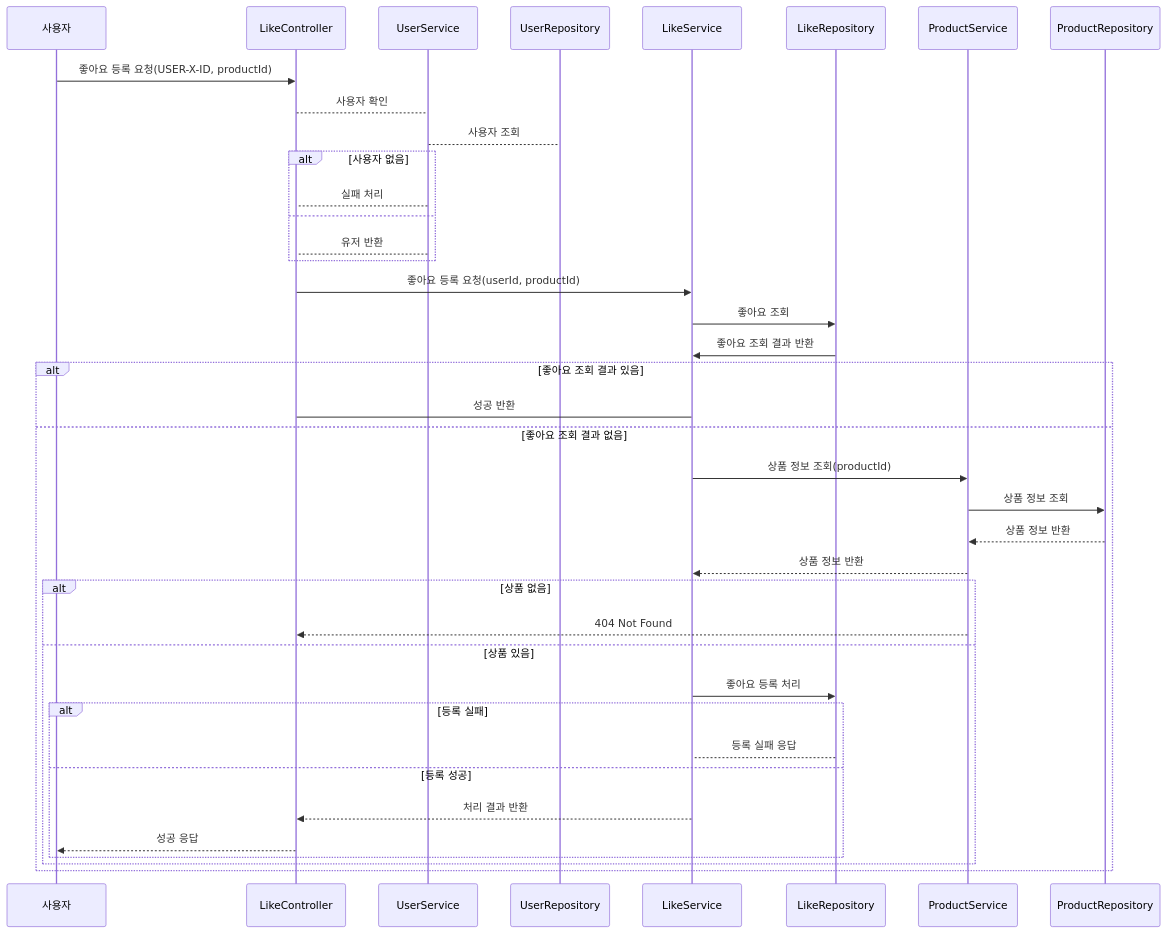
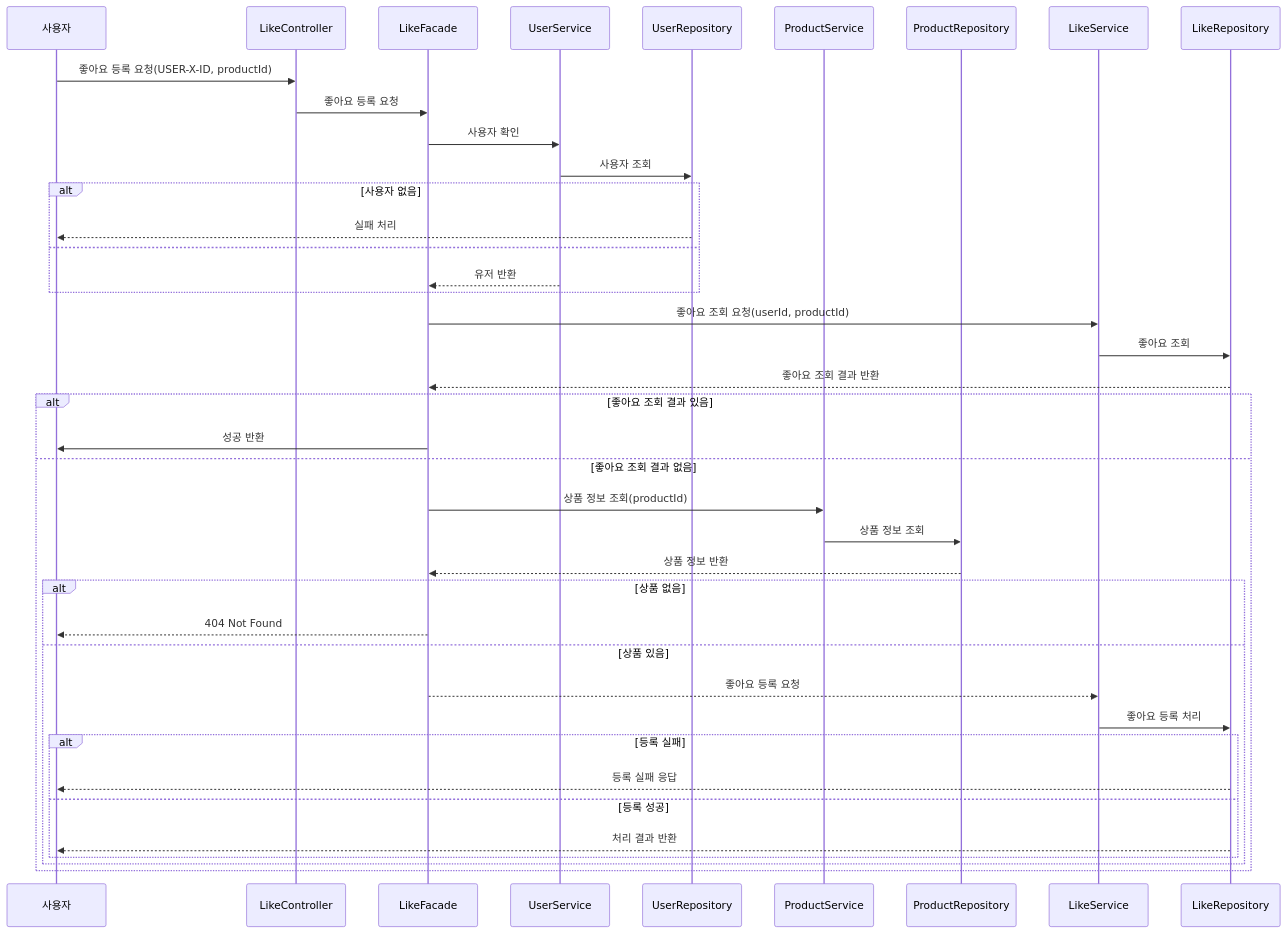
The fourth of 7 diagrams in .docs/02-sequence-diagrams.md (donghyeon3813/vibe-commerce), drawn with Mermaid before and after one commit. The commit also changed other lines of this file, not shown here.

Commit message:
fix : sequence-diagrams 수정

````diff
--- a/.docs/02-sequence-diagrams.md
+++ b/.docs/02-sequence-diagrams.md
@@ -91,44 +83,47 @@
 ```mermaid
 sequenceDiagram
     participant 사용자
     participant LC as LikeController
+    participant LF as LikeFacade
     participant US as UserService
     participant UR as UserRepository
+    participant PS as ProductService
+    participant PR as ProductRepository
     participant LS as LikeService
     participant LR as LikeRepository
-    participant PS as ProductService
-    participant PR as ProductRepository
+    
     
     
     사용자 ->> LC: 좋아요 등록 요청(USER-X-ID, productId)
-    LC --> US: 사용자 확인
-    US --> UR: 사용자 조회
+    LC ->> LF: 좋아요 등록 요청
+    LF ->> US: 사용자 확인
+    US ->> UR: 사용자 조회
     alt 사용자 없음
-        US --> LC: 실패 처리
+        UR -->> 사용자: 실패 처리
     else
-        US --> LC: 유저 반환
+        US -->> LF: 유저 반환
     end
-    LC ->> LS: 좋아요 등록 요청(userId, productId)
+    LF ->> LS: 좋아요 조회 요청(userId, productId)
     LS ->> LR: 좋아요 조회
-    LR ->> LS: 좋아요 조회 결과 반환
-    alt 좋아요 조회 결과 있음 
-        LS -> LC: 성공 반환
+    LR -->> LF: 좋아요 조회 결과 반환
+    alt 좋아요 조회 결과 있음
+        LF ->> 사용자: 성공 반환
     else 좋아요 조회 결과 없음
-        LS ->> PS: 상품 정보 조회(productId)
+        LF ->> PS: 상품 정보 조회(productId)
         PS ->> PR: 상품 정보 조회
-        PR -->> PS: 상품 정보 반환
-        PS -->> LS: 상품 정보 반환
+        PR -->> LF: 상품 정보 반환
         alt 상품 없음
-            PS -->> LC: 404 Not Found
+            LF -->> 사용자 : 404 Not Found
         else 상품 있음
+            LF -->> LS : 좋아요 등록 요청
             LS ->> LR: 좋아요 등록 처리
             alt 등록 실패
-                LR --> LS: 등록 실패 응답
+                LR -->> 사용자: 등록 실패 응답
             else 등록 성공
-                LS -->> LC: 처리 결과 반환
-                LC -->> 사용자: 성공 응답
+                LR -->> 사용자: 처리 결과 반환
             end
         end
     end
         
+        
 ```
````
